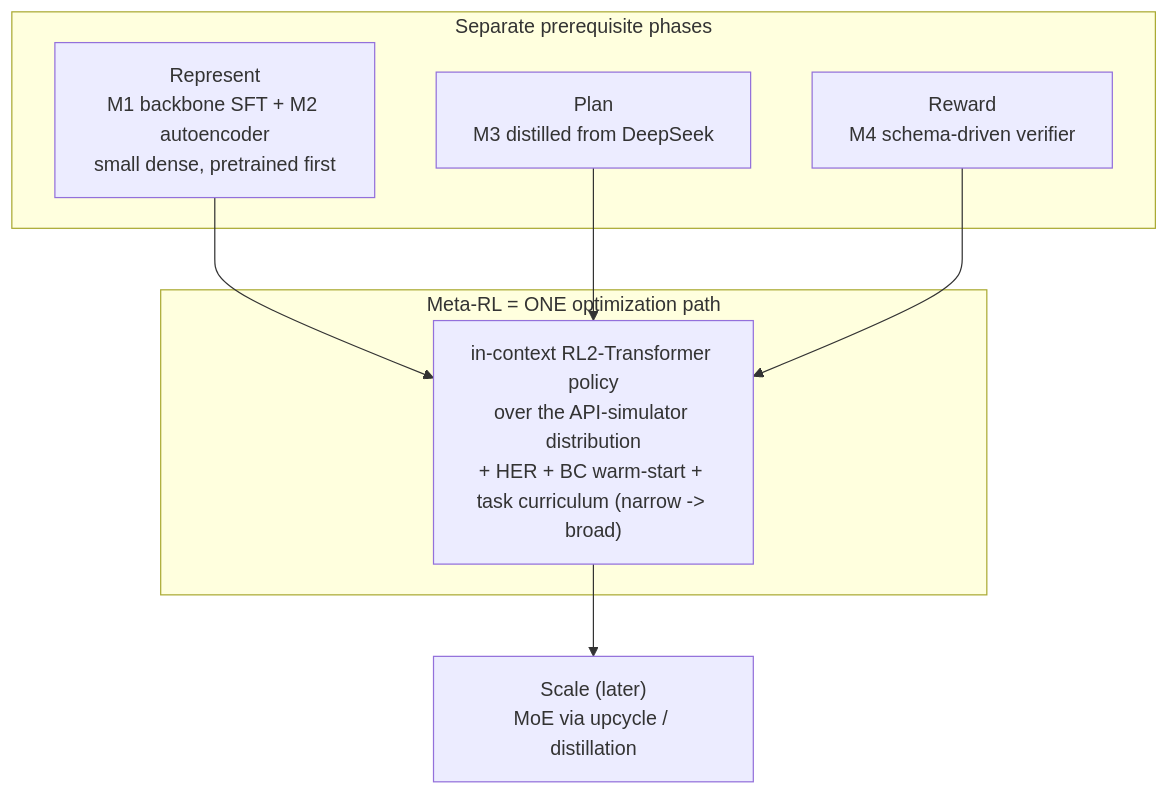
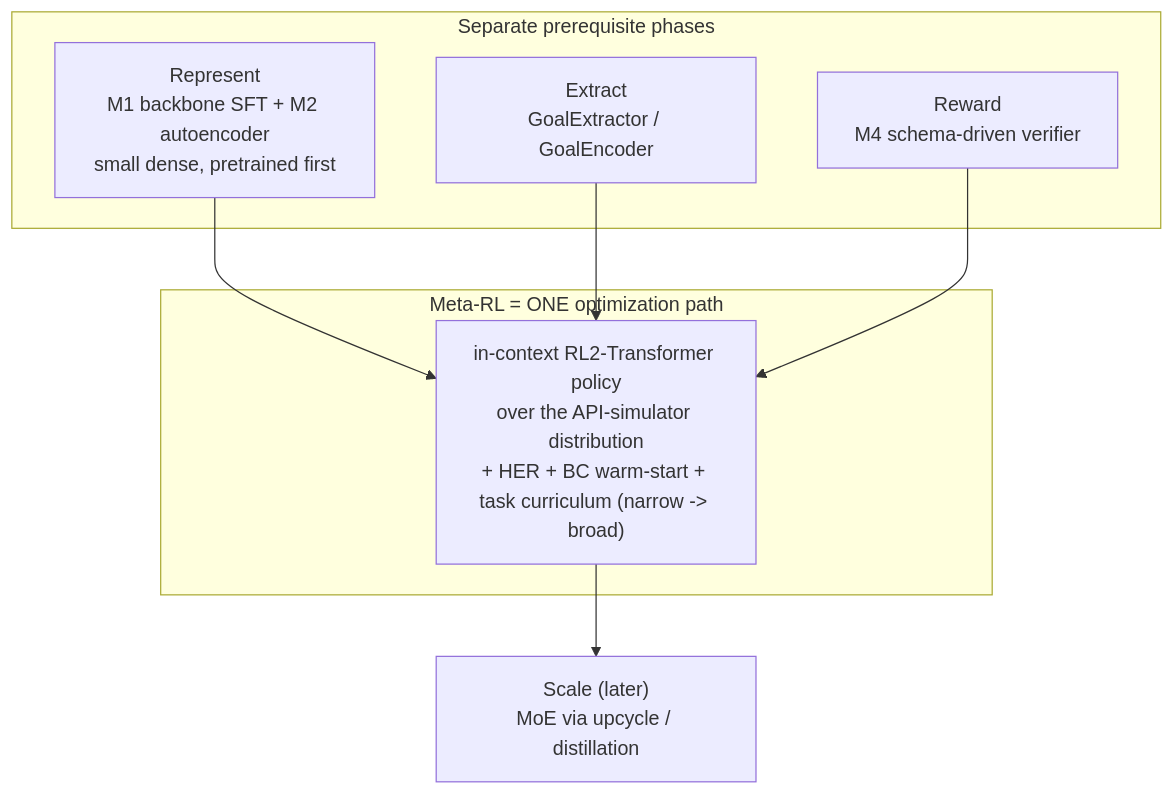
One commit to spyroot/igc changed the sixth of 8 diagrams in docs/ARCHITECTURE.md. Above: the diagram before and after it, drawn with Mermaid. The commit also changed other lines of this file and 32 other files, not shown here.

````diff
--- a/docs/ARCHITECTURE.md
+++ b/docs/ARCHITECTURE.md
@@ -483,15 +486,15 @@
 ```mermaid
 flowchart TB
     subgraph SEP["Separate prerequisite phases"]
         REP["Represent<br/>M1 backbone SFT + M2 autoencoder<br/>small dense, pretrained first"]
-        PLAN["Plan<br/>M3 distilled from DeepSeek"]
+        PLAN["Extract<br/>GoalExtractor / GoalEncoder"]
         REW["Reward<br/>M4 schema-driven verifier"]
     end
     REP --> META
     PLAN --> META
     REW --> META
     subgraph ONE["Meta-RL = ONE optimization path"]
         META["in-context RL2-Transformer policy<br/>over the API-simulator distribution<br/>+ HER + BC warm-start + task curriculum (narrow -> broad)"]
     end
     META --> SCALE["Scale (later)<br/>MoE via upcycle / distillation"]
 ```
````
